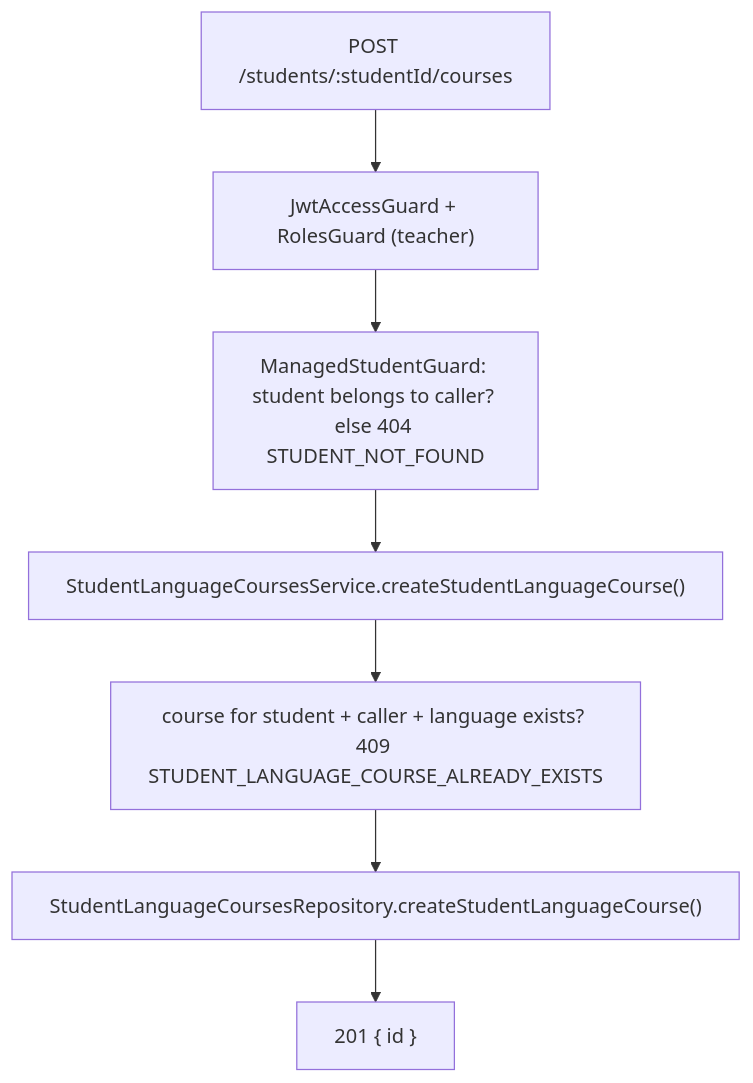
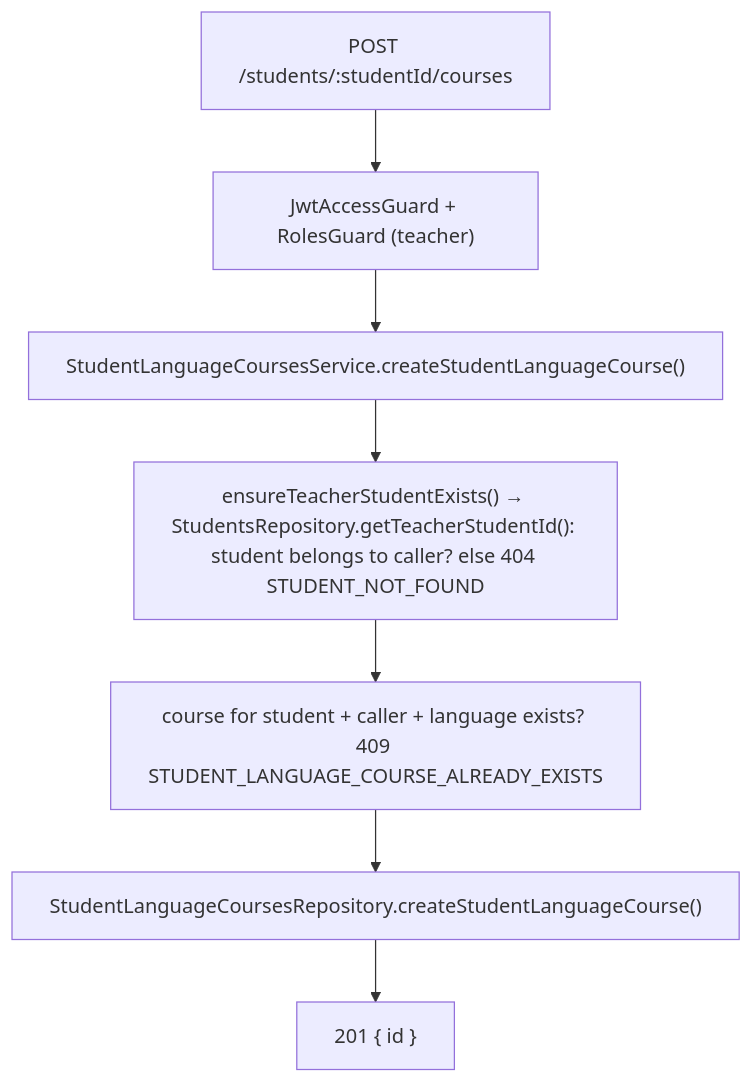
The first of 4 diagrams in back/docs/students/language-course-endpoints.md (KaterynaKocheharova/Practice-app), drawn with Mermaid before and after one commit. The commit also changed other lines of this file and 53 other files, not shown here.

````diff
--- a/back/docs/students/language-course-endpoints.md
+++ b/back/docs/students/language-course-endpoints.md
@@ -27,9 +27,9 @@
 ```mermaid
 flowchart TD
   Request["POST /students/:studentId/courses"] --> Guards["JwtAccessGuard + RolesGuard (teacher)"]
-  Guards --> Access["ManagedStudentGuard: student belongs to caller? else 404 STUDENT_NOT_FOUND"]
-  Access --> Service["StudentLanguageCoursesService.createStudentLanguageCourse()"]
-  Service --> Duplicate["course for student + caller + language exists? 409 STUDENT_LANGUAGE_COURSE_ALREADY_EXISTS"]
+  Guards --> Service["StudentLanguageCoursesService.createStudentLanguageCourse()"]
+  Service --> Access["ensureTeacherStudentExists() → StudentsRepository.getTeacherStudentId(): student belongs to caller? else 404 STUDENT_NOT_FOUND"]
+  Access --> Duplicate["course for student + caller + language exists? 409 STUDENT_LANGUAGE_COURSE_ALREADY_EXISTS"]
   Duplicate --> Insert["StudentLanguageCoursesRepository.createStudentLanguageCourse()"]
   Insert --> Response["201 { id }"]
 ```
````
